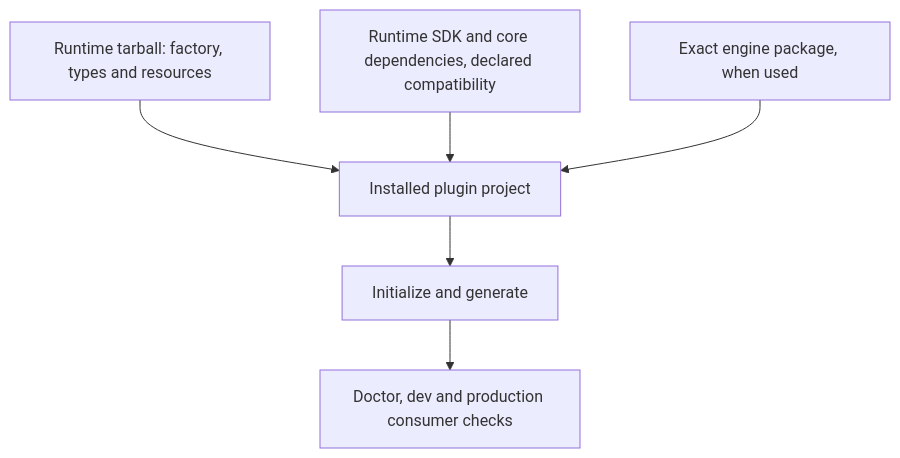
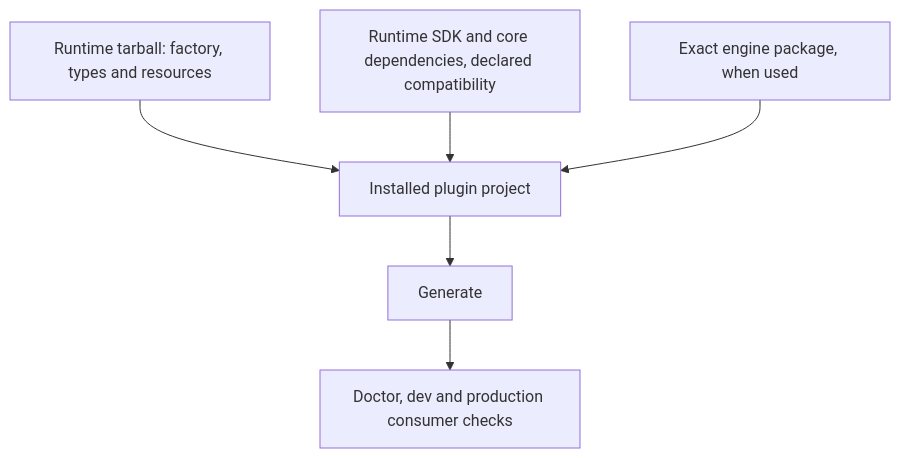
Before and after one commit to soundor/soundor: the diagram in apps/website/content/docs/contribute/build-runtime/publishing.md, drawn with Mermaid. The commit also changed other lines of this file and 61 other files, not shown here.

````diff
--- a/apps/website/content/docs/contribute/build-runtime/publishing.md
+++ b/apps/website/content/docs/contribute/build-runtime/publishing.md
@@ -21,8 +21,8 @@
 ```mermaid
 flowchart TD
     package["Runtime tarball: factory, types and resources"] --> project["Installed plugin project"]
     deps["Runtime SDK and core dependencies, declared compatibility"] --> project
     engine["Exact engine package, when used"] --> project
-    project --> init["Initialize and generate"]
-    init --> verify["Doctor, dev and production consumer checks"]
+    project --> gen["Generate"]
+    gen --> verify["Doctor, dev and production consumer checks"]
 ```
````
